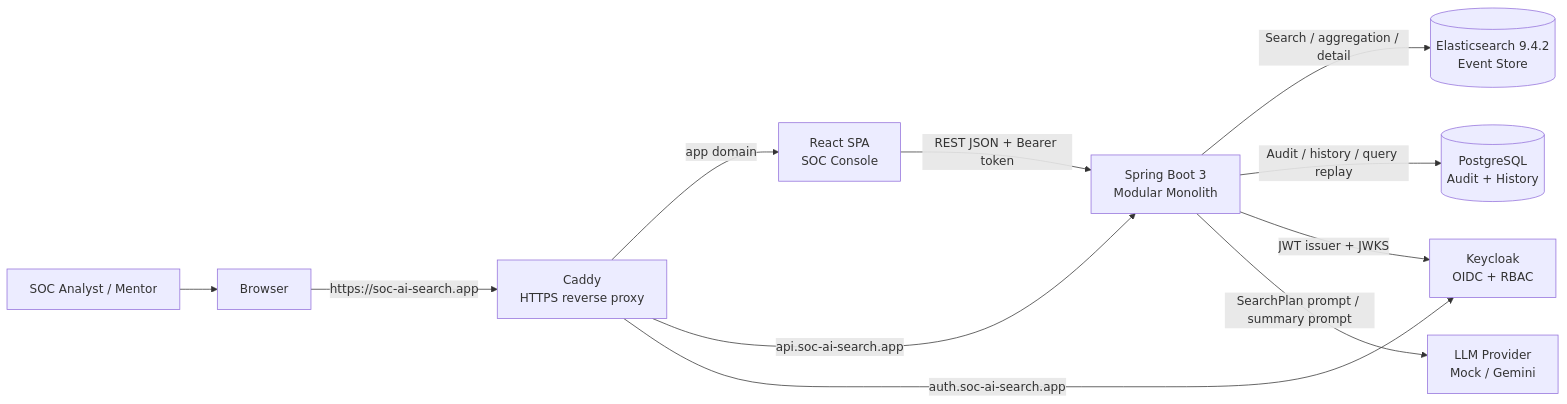
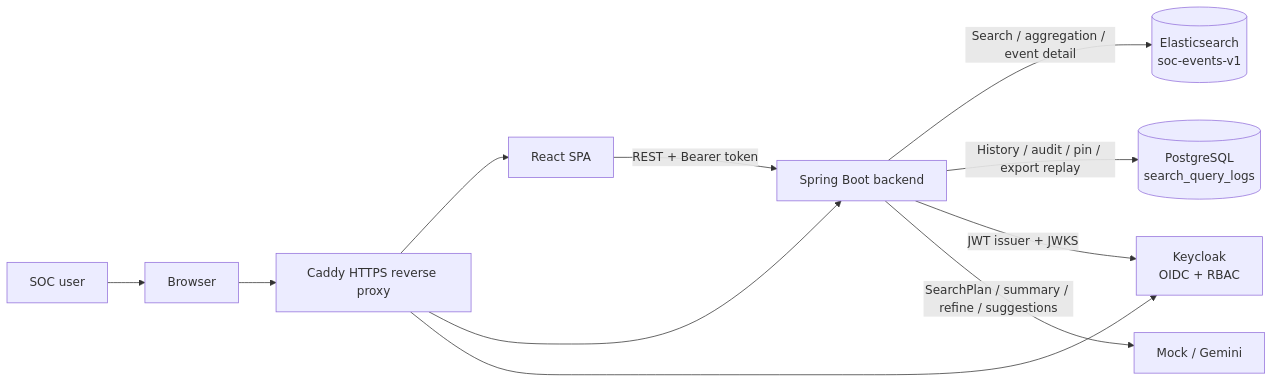
The first of 4 diagrams in docs/architecture.md (PhamVanMinhBinhThuan/soc-ai-search), drawn with Mermaid before and after one commit. The commit also changed other lines of this file and 8 other files, not shown here.

````diff
--- a/docs/architecture.md
+++ b/docs/architecture.md
@@ -33,23 +11,23 @@
 ```mermaid
 flowchart LR
-    Analyst["SOC Analyst / Mentor"]
+    User["SOC user"]
     Browser["Browser"]
-    Caddy["Caddy\nHTTPS reverse proxy"]
-    Frontend["React SPA\nSOC Console"]
-    Backend["Spring Boot 3\nModular Monolith"]
-    ES[("Elasticsearch 9.4.2\nEvent Store")]
-    PG[("PostgreSQL\nAudit + History")]
+    Caddy["Caddy HTTPS reverse proxy"]
+    FE["React SPA"]
+    BE["Spring Boot backend"]
+    ES[("Elasticsearch\nsoc-events-v1")]
+    PG[("PostgreSQL\nsearch_query_logs")]
     KC["Keycloak\nOIDC + RBAC"]
-    LLM["LLM Provider\nMock / Gemini"]
+    LLM["Mock / Gemini"]
 
-    Analyst --> Browser
-    Browser -->|https://soc-ai-search.app| Caddy
-    Caddy -->|app domain| Frontend
-    Caddy -->|api.soc-ai-search.app| Backend
-    Caddy -->|auth.soc-ai-search.app| KC
-    Frontend -->|REST JSON + Bearer token| Backend
-    Backend -->|Search / aggregation / detail| ES
-    Backend -->|Audit / history / query replay| PG
-    Backend -->|JWT issuer + JWKS| KC
-    Backend -->|SearchPlan prompt / summary prompt| LLM
+    User --> Browser
+    Browser --> Caddy
+    Caddy --> FE
+    Caddy --> BE
+    Caddy --> KC
+    FE -->|REST + Bearer token| BE
+    BE -->|Search / aggregation / event detail| ES
+    BE -->|History / audit / pin / export replay| PG
+    BE -->|JWT issuer + JWKS| KC
+    BE -->|SearchPlan / summary / refine / suggestions| LLM
 ```
````
